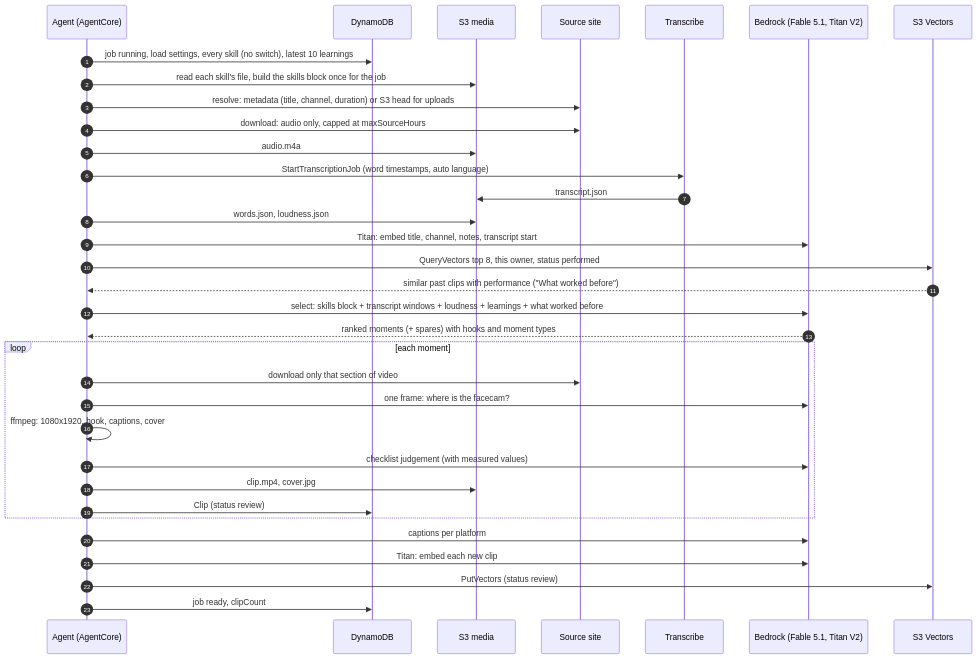
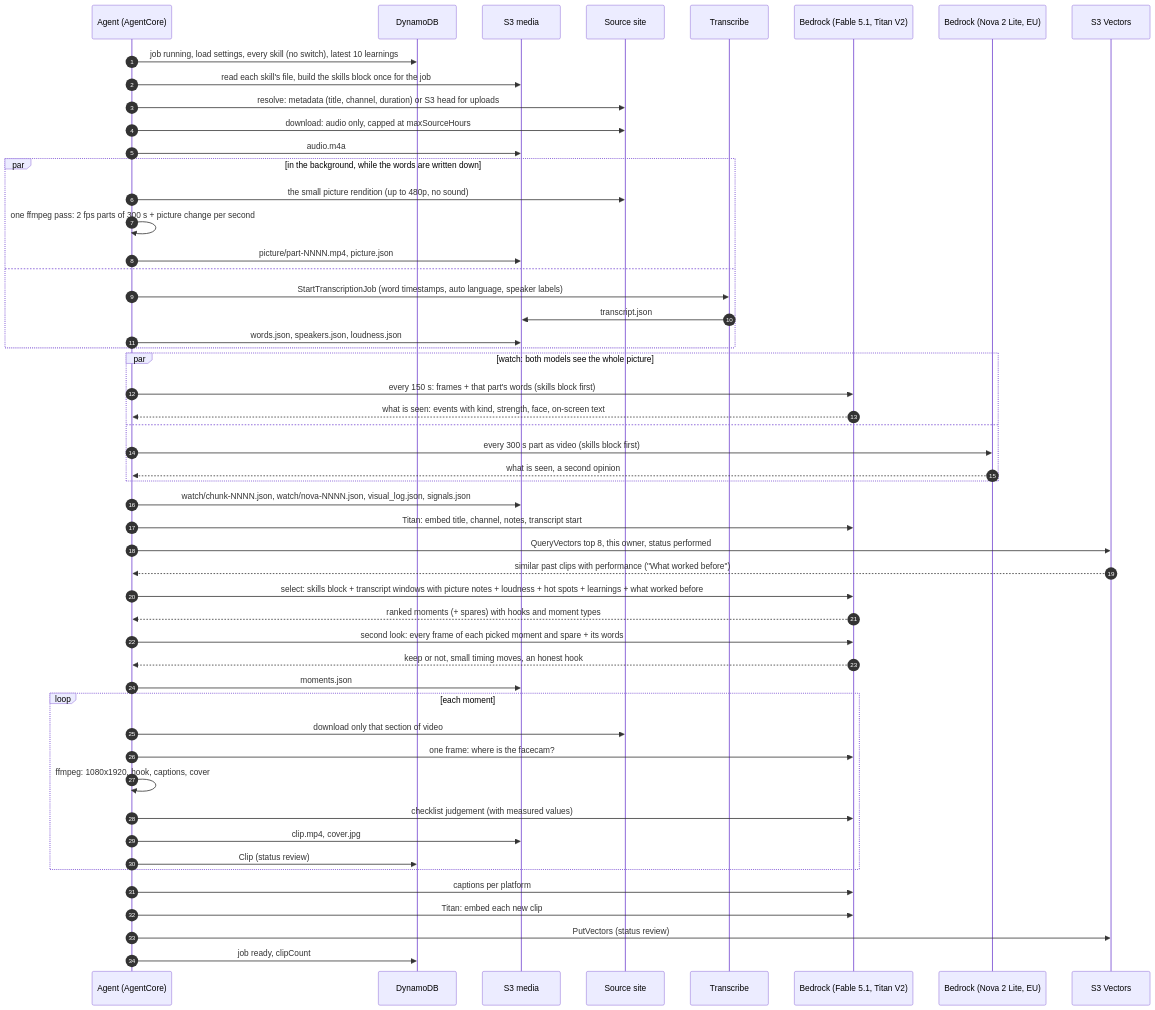
One commit to Lamo2real/clip-factory changed the sixth of 20 diagrams in docs/ARCHITECTURE.md. Above: the diagram before and after it, drawn with Mermaid. The commit also changed other lines of this file and 11 other files, not shown here.

````diff
--- a/docs/ARCHITECTURE.md
+++ b/docs/ARCHITECTURE.md
@@ -260,36 +261,54 @@
 ```mermaid
 sequenceDiagram
   autonumber
   participant R as Agent (AgentCore)
   participant D as DynamoDB
   participant S as S3 media
   participant Y as Source site
   participant T as Transcribe
   participant B as Bedrock (Fable 5.1, Titan V2)
+  participant N as Bedrock (Nova 2 Lite, EU)
   participant V as S3 Vectors
   R->>D: job running, load settings, every skill (no switch), latest 10 learnings
   R->>S: read each skill's file, build the skills block once for the job
   R->>Y: resolve: metadata (title, channel, duration) or S3 head for uploads
   R->>Y: download: audio only, capped at maxSourceHours
   R->>S: audio.m4a
-  R->>T: StartTranscriptionJob (word timestamps, auto language)
-  T->>S: transcript.json
-  R->>S: words.json, loudness.json
+  par in the background, while the words are written down
+    R->>Y: the small picture rendition (up to 480p, no sound)
+    R->>R: one ffmpeg pass: 2 fps parts of 300 s + picture change per second
+    R->>S: picture/part-NNNN.mp4, picture.json
+  and
+    R->>T: StartTranscriptionJob (word timestamps, auto language, speaker labels)
+    T->>S: transcript.json
+    R->>S: words.json, speakers.json, loudness.json
+  end
+  par watch: both models see the whole picture
+    R->>B: every 150 s: frames + that part's words (skills block first)
+    B-->>R: what is seen: events with kind, strength, face, on-screen text
+  and
+    R->>N: every 300 s part as video (skills block first)
+    N-->>R: what is seen, a second opinion
+  end
+  R->>S: watch/chunk-NNNN.json, watch/nova-NNNN.json, visual_log.json, signals.json
   R->>B: Titan: embed title, channel, notes, transcript start
   R->>V: QueryVectors top 8, this owner, status performed
   V-->>R: similar past clips with performance ("What worked before")
-  R->>B: select: skills block + transcript windows + loudness + learnings + what worked before
+  R->>B: select: skills block + transcript windows with picture notes + loudness + hot spots + learnings + what worked before
   B-->>R: ranked moments (+ spares) with hooks and moment types
+  R->>B: second look: every frame of each picked moment and spare + its words
+  B-->>R: keep or not, small timing moves, an honest hook
+  R->>S: moments.json
   loop each moment
     R->>Y: download only that section of video
     R->>B: one frame: where is the facecam?
     R->>R: ffmpeg: 1080x1920, hook, captions, cover
     R->>B: checklist judgement (with measured values)
     R->>S: clip.mp4, cover.jpg
     R->>D: Clip (status review)
   end
   R->>B: captions per platform
   R->>B: Titan: embed each new clip
   R->>V: PutVectors (status review)
   R->>D: job ready, clipCount
 ```
````
